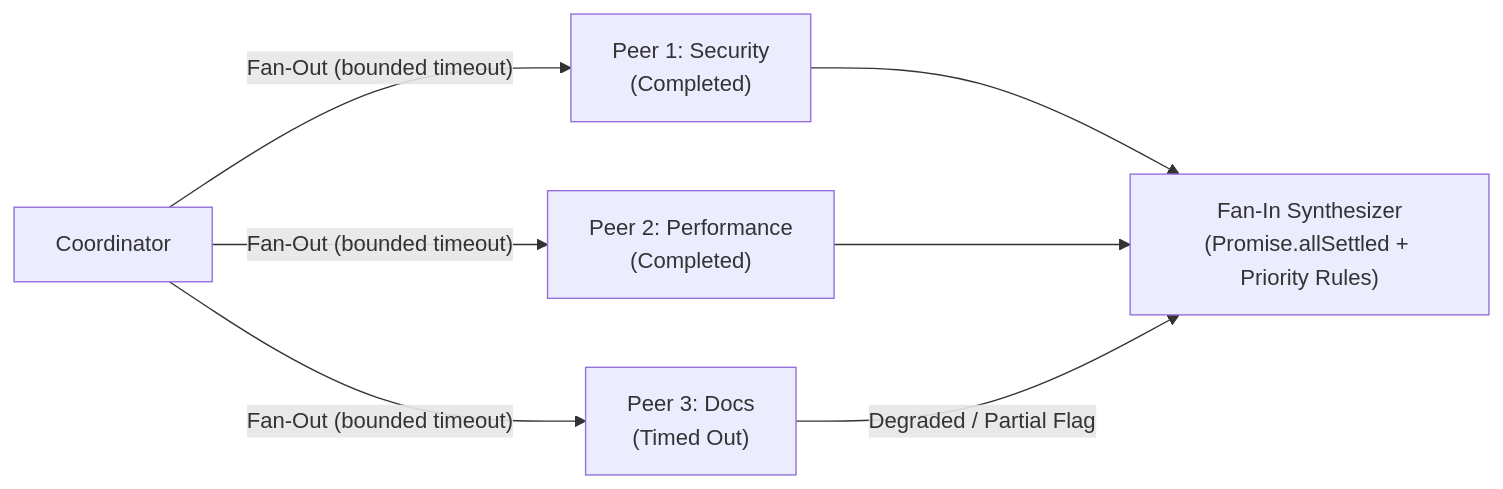
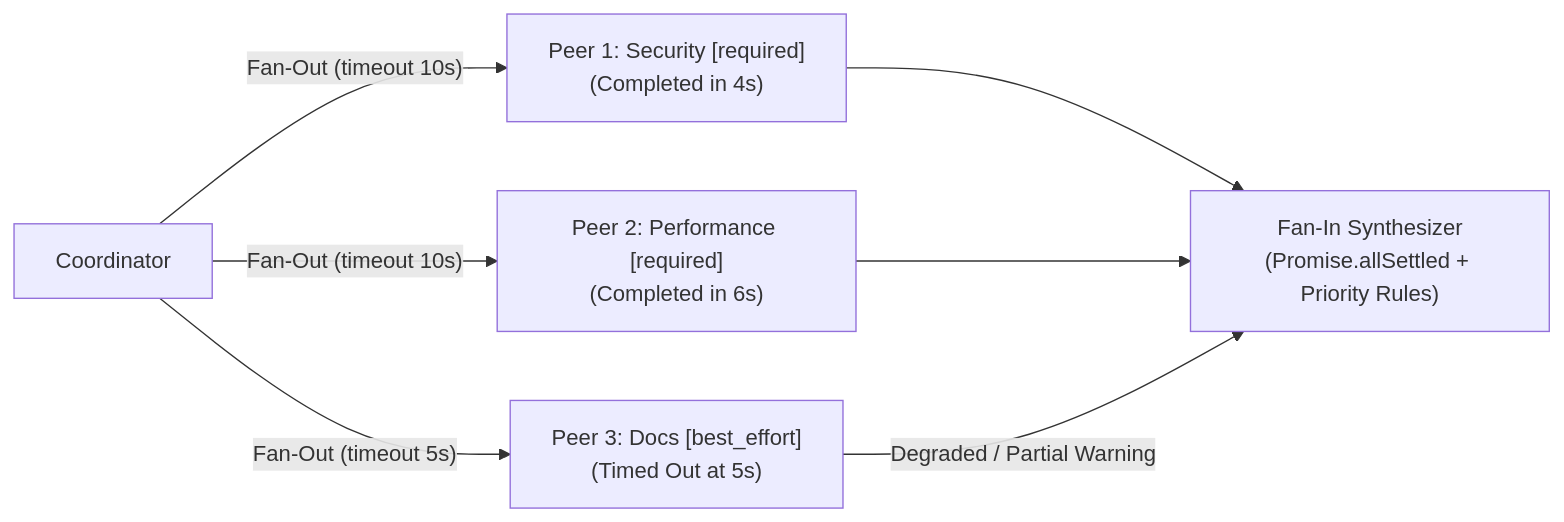
The first of 2 diagrams in Lecture 14 - Loop Engineering and A2A Protocol/notes/07_Parallel_Delegation_and_Fan_In_Synthesis.md (Amie-dev/FDE-and-GenAI-Mastery), drawn with Mermaid before and after one commit. The commit also changed other lines of this file and 92 other files, not shown here.

````diff
--- a/Lecture 14 - Loop Engineering and A2A Protocol/notes/07_Parallel_Delegation_and_Fan_In_Synthesis.md
+++ b/Lecture 14 - Loop Engineering and A2A Protocol/notes/07_Parallel_Delegation_and_Fan_In_Synthesis.md
@@ -27,9 +29,9 @@
 ```mermaid
 flowchart LR
-    Coord["Coordinator"] -->|"Fan-Out (bounded timeout)"| P1["Peer 1: Security<br/>(Completed)"]
-    Coord -->|"Fan-Out (bounded timeout)"| P2["Peer 2: Performance<br/>(Completed)"]
-    Coord -->|"Fan-Out (bounded timeout)"| P3["Peer 3: Docs<br/>(Timed Out)"]
+    Coord["Coordinator"] -->|"Fan-Out (timeout 10s)"| P1["Peer 1: Security [required]<br/>(Completed in 4s)"]
+    Coord -->|"Fan-Out (timeout 10s)"| P2["Peer 2: Performance [required]<br/>(Completed in 6s)"]
+    Coord -->|"Fan-Out (timeout 5s)"| P3["Peer 3: Docs [best_effort]<br/>(Timed Out at 5s)"]
     P1 --> FanIn["Fan-In Synthesizer<br/>(Promise.allSettled + Priority Rules)"]
     P2 --> FanIn
-    P3 -->|"Degraded / Partial Flag"| FanIn
+    P3 -->|"Degraded / Partial Warning"| FanIn
 ```
````
